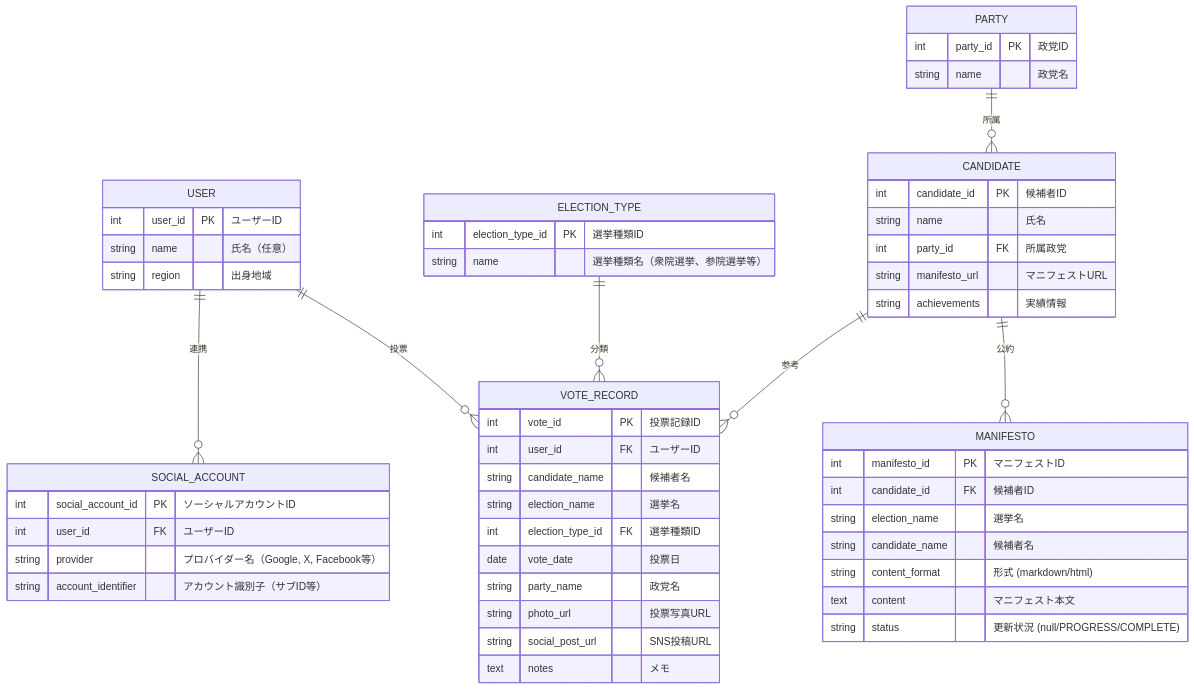
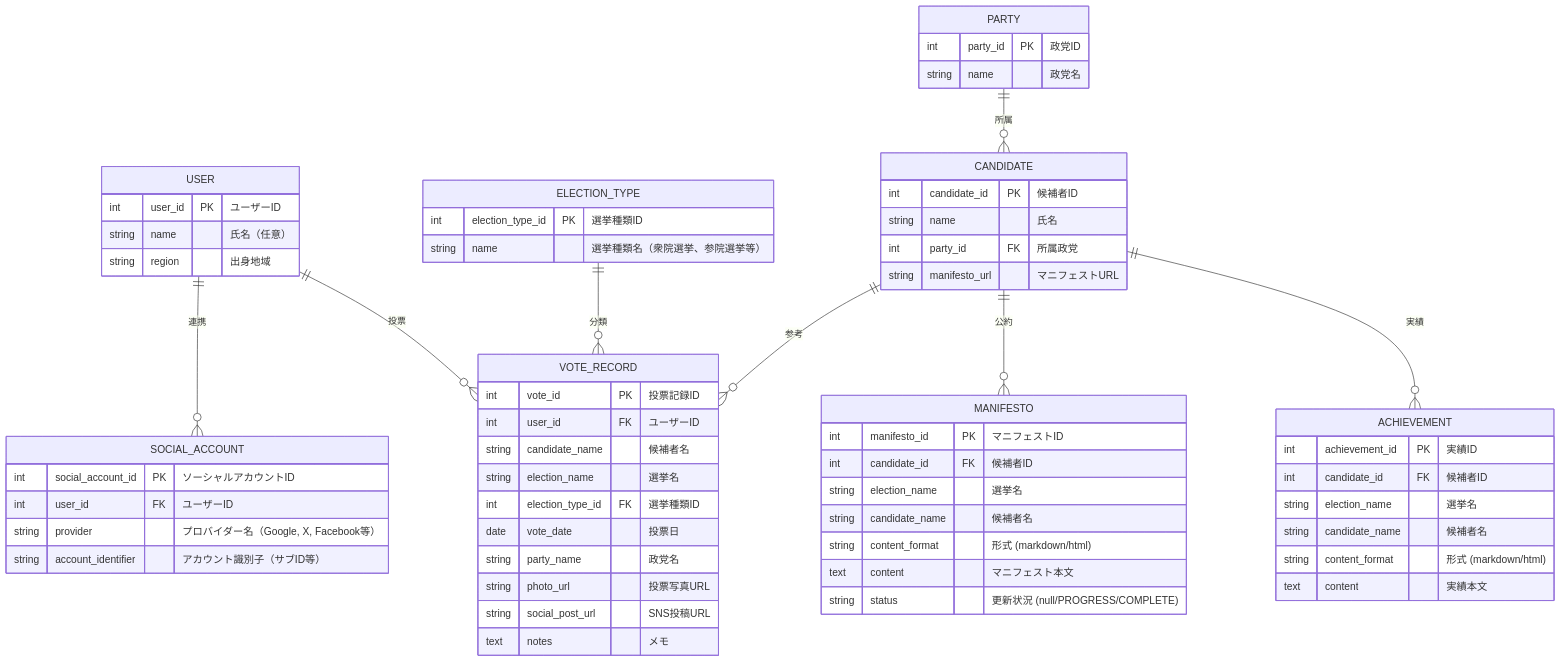
The diagram in doc/ER.md (papettoTV/my-tohyo), drawn with Mermaid before and after one commit. The commit also changed other lines of this file and 4 other files, not shown here.

````diff
--- a/doc/ER.md
+++ b/doc/ER.md
@@ -5,57 +5,65 @@
 ```mermaid
 erDiagram
     USER {
         int user_id PK "ユーザーID"
         string name "氏名（任意）"
         string region "出身地域"
     }
     SOCIAL_ACCOUNT {
         int social_account_id PK "ソーシャルアカウントID"
         int user_id FK "ユーザーID"
         string provider "プロバイダー名（Google, X, Facebook等）"
         string account_identifier "アカウント識別子（サブID等）"
     }
     ELECTION_TYPE {
         int election_type_id PK "選挙種類ID"
         string name "選挙種類名（衆院選挙、参院選挙等）"
     }
     PARTY {
         int party_id PK "政党ID"
         string name "政党名"
     }
     CANDIDATE {
         int candidate_id PK "候補者ID"
         string name "氏名"
         int party_id FK "所属政党"
         string manifesto_url "マニフェストURL"
-        string achievements "実績情報"
     }
     MANIFESTO {
         int manifesto_id PK "マニフェストID"
         int candidate_id FK "候補者ID"
         string election_name "選挙名"
         string candidate_name "候補者名"
         string content_format "形式 (markdown/html)"
         text content "マニフェスト本文"
         string status "更新状況 (null/PROGRESS/COMPLETE)"
+    }
+    ACHIEVEMENT {
+        int achievement_id PK "実績ID"
+        int candidate_id FK "候補者ID"
+        string election_name "選挙名"
+        string candidate_name "候補者名"
+        string content_format "形式 (markdown/html)"
+        text content "実績本文"
     }
     VOTE_RECORD {
         int vote_id PK "投票記録ID"
         int user_id FK "ユーザーID"
         string candidate_name "候補者名"
         string election_name "選挙名"
         int election_type_id FK "選挙種類ID"
         date vote_date "投票日"
         string party_name "政党名"
         string photo_url "投票写真URL"
         string social_post_url "SNS投稿URL"
         text notes "メモ"
     }
 
     USER ||--o{ SOCIAL_ACCOUNT : "連携"
     USER ||--o{ VOTE_RECORD : "投票"
     ELECTION_TYPE ||--o{ VOTE_RECORD : "分類"
     CANDIDATE ||--o{ VOTE_RECORD : "参考"
     CANDIDATE ||--o{ MANIFESTO : "公約"
+    CANDIDATE ||--o{ ACHIEVEMENT : "実績"
     PARTY ||--o{ CANDIDATE : "所属"
 ```
````
